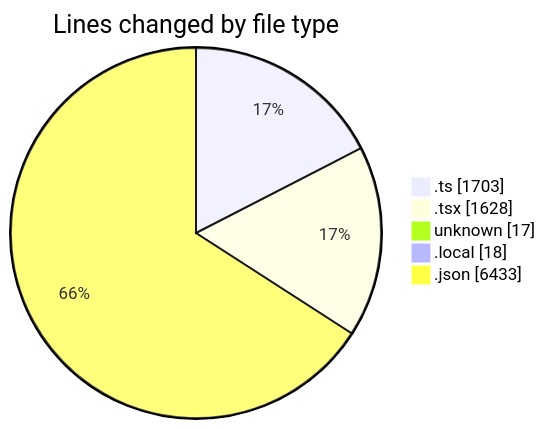
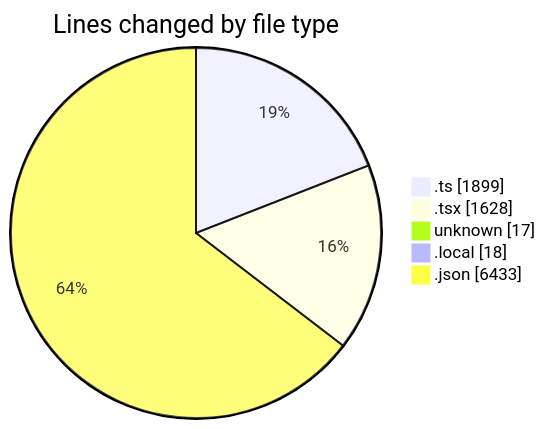
The first of 2 diagrams in 2025-05-16/ecodeli-1/README.md (CELIANVF/code-tracking), drawn with Mermaid before and after one commit. The commit also changed other lines of this file and 1 other file, not shown here.

````diff
--- a/2025-05-16/ecodeli-1/README.md
+++ b/2025-05-16/ecodeli-1/README.md
@@ -40,9 +40,9 @@
 ```mermaid
 pie showData
 title Lines changed by file type
-".ts" : 1703
+".ts" : 1899
 ".tsx" : 1628
 "unknown" : 17
 ".local" : 18
 ".json" : 6433
 ```
````
